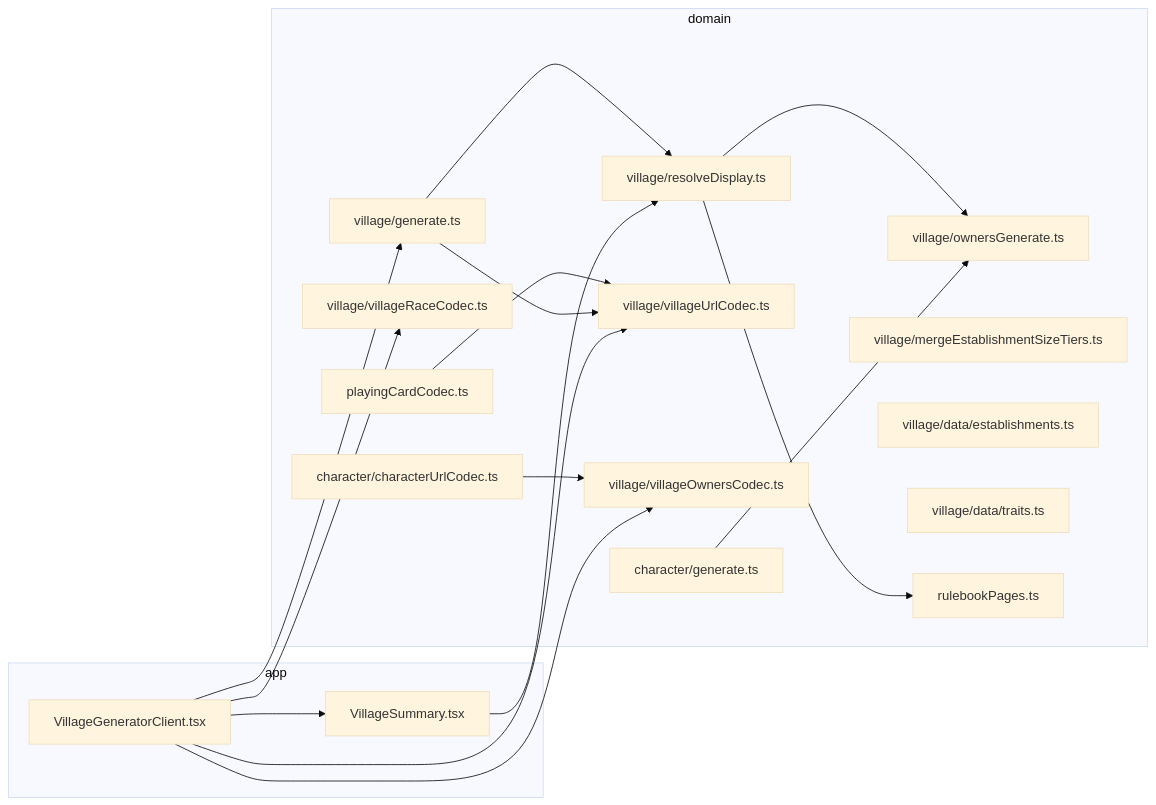
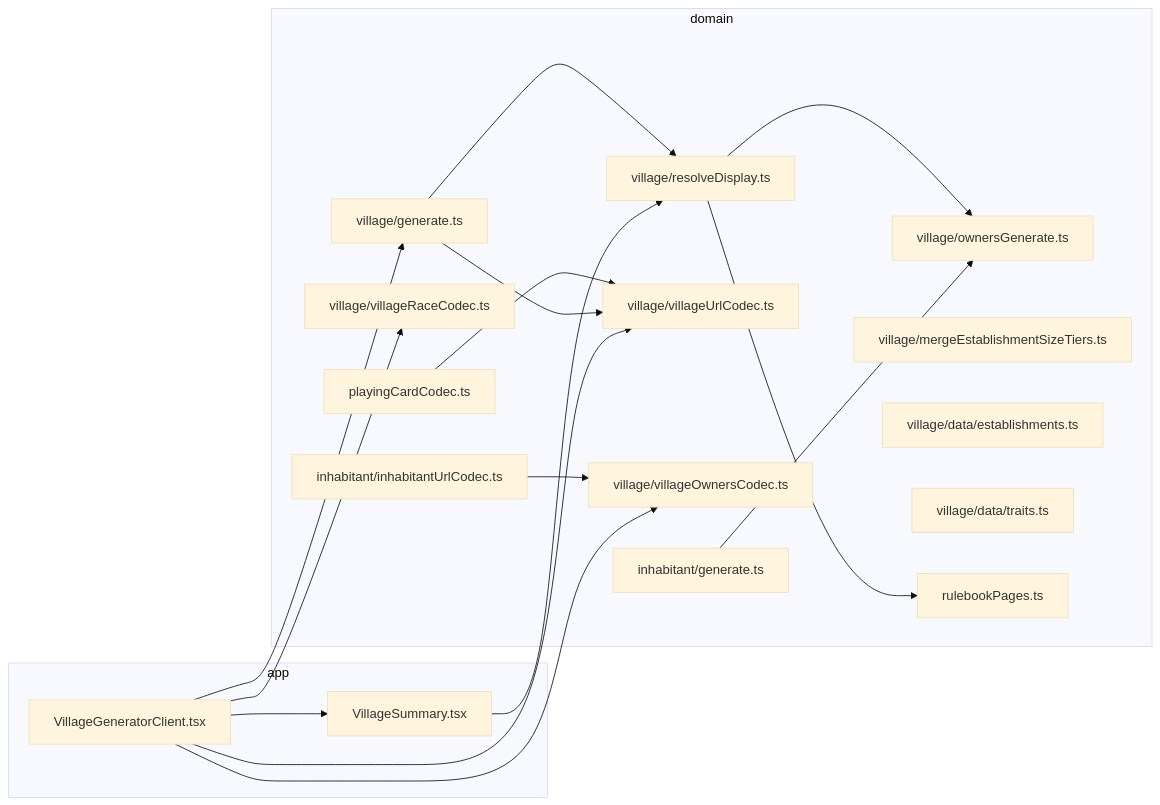
The diagram in docs/village-builder.md (KittyGiraudel/ProMe), drawn with Mermaid (base theme) before and after one commit. The commit also changed other lines of this file and 32 other files, not shown here.

Commit message:
Rename character to inhabitant

````diff
--- a/docs/village-builder.md
+++ b/docs/village-builder.md
@@ -102,35 +102,35 @@
 ```mermaid
 flowchart LR
   subgraph domain
     vgen["village/generate.ts"]
     res["village/resolveDisplay.ts"]
     vurl["village/villageUrlCodec.ts"]
     vown["village/villageOwnersCodec.ts"]
     vrace["village/villageRaceCodec.ts"]
     ownGen["village/ownersGenerate.ts"]
     merge["village/mergeEstablishmentSizeTiers.ts"]
     est["village/data/establishments.ts"]
     tr["village/data/traits.ts"]
     rb["rulebookPages.ts"]
     pc["playingCardCodec.ts"]
-    cgen["character/generate.ts"]
-    ccodec["character/characterUrlCodec.ts"]
+    cgen["inhabitant/generate.ts"]
+    ccodec["inhabitant/inhabitantUrlCodec.ts"]
   end
   subgraph app
     client["VillageGeneratorClient.tsx"]
     summary["VillageSummary.tsx"]
   end
   pc --> vurl
   vgen --> vurl
   res --> ownGen
   res --> rb
   vgen --> res
   cgen --> ownGen
   ccodec --> vown
   client --> vgen
   client --> vurl
   client --> vown
   client --> vrace
   client --> summary
   summary --> res
 ```
````
